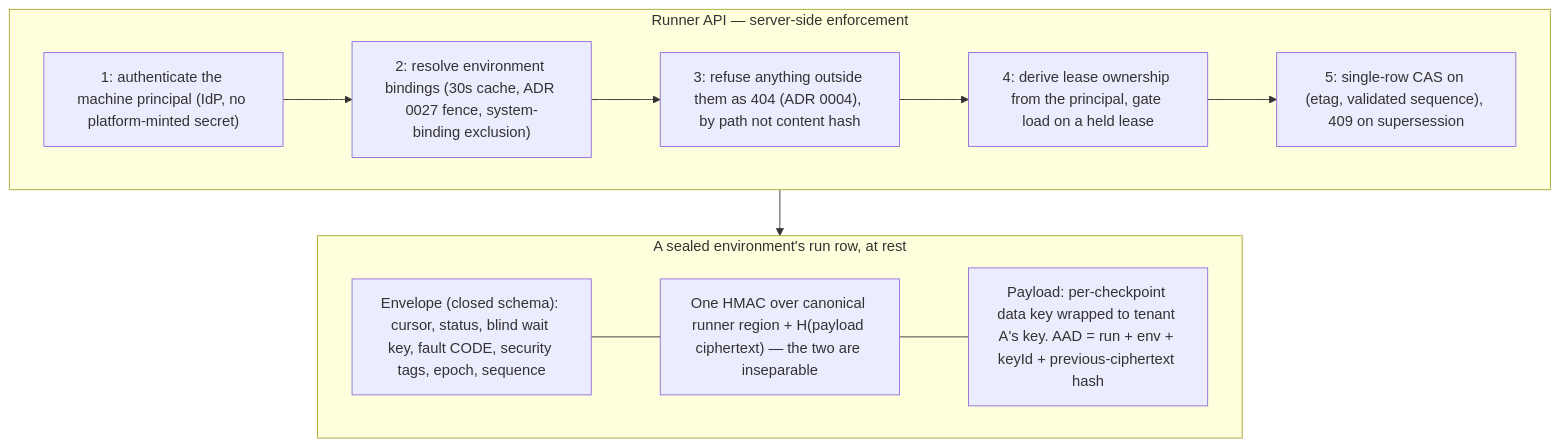
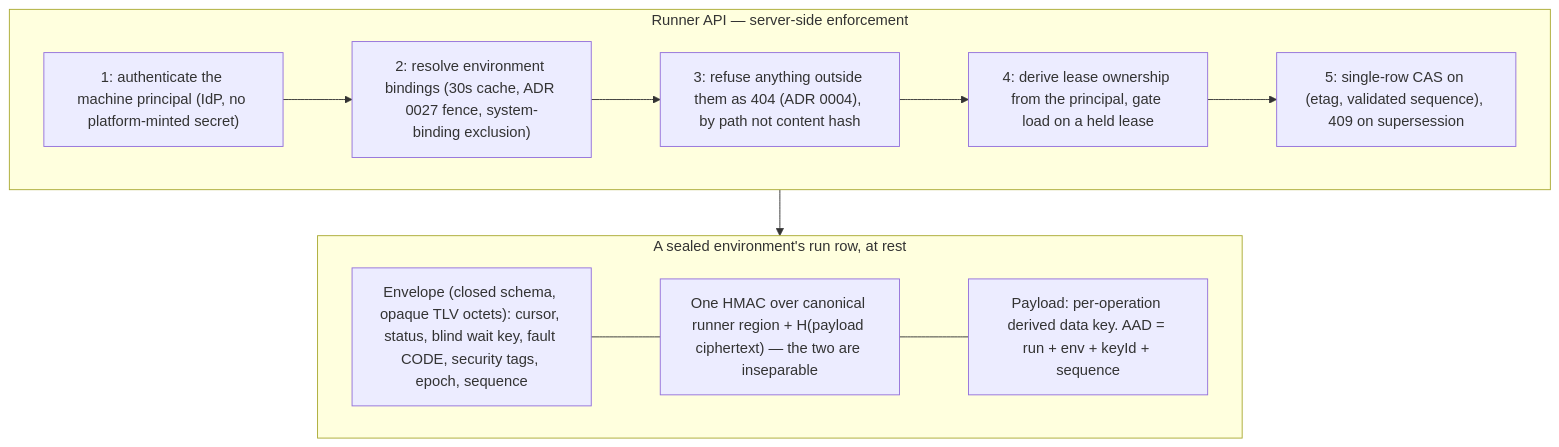
The second of 3 diagrams in docs/arazzo/adr/0065-control-plane-owns-store-runners-encrypt-payload.md (corvus-dotnet/Corvus.JsonSchema), drawn with Mermaid before and after one commit. The commit also changed other lines of this file and 1 other file, not shown here.

````diff
--- a/docs/arazzo/adr/0065-control-plane-owns-store-runners-encrypt-payload.md
+++ b/docs/arazzo/adr/0065-control-plane-owns-store-runners-encrypt-payload.md
@@ -118,18 +142,18 @@
 ```mermaid
 flowchart TB
   subgraph RAPI["Runner API — server-side enforcement"]
     AUTH["1: authenticate the machine principal (IdP, no platform-minted secret)"]
     BIND["2: resolve environment bindings (30s cache, ADR 0027 fence, system-binding exclusion)"]
     SCOPE["3: refuse anything outside them as 404 (ADR 0004), by path not content hash"]
     LEASE["4: derive lease ownership from the principal, gate load on a held lease"]
     CAS["5: single-row CAS on (etag, validated sequence), 409 on supersession"]
     AUTH --> BIND --> SCOPE --> LEASE --> CAS
   end
   subgraph ROW["A sealed environment's run row, at rest"]
-    ENV["Envelope (closed schema): cursor, status, blind wait key, fault CODE, security tags, epoch, sequence"]
+    ENV["Envelope (closed schema, opaque TLV octets): cursor, status, blind wait key, fault CODE, security tags, epoch, sequence"]
     MAC["One HMAC over canonical runner region + H(payload ciphertext) — the two are inseparable"]
-    PAY["Payload: per-checkpoint data key wrapped to tenant A's key. AAD = run + env + keyId + previous-ciphertext hash"]
+    PAY["Payload: per-operation derived data key. AAD = run + env + keyId + sequence"]
     ENV --- MAC --- PAY
   end
   RAPI --> ROW
 ```
````
